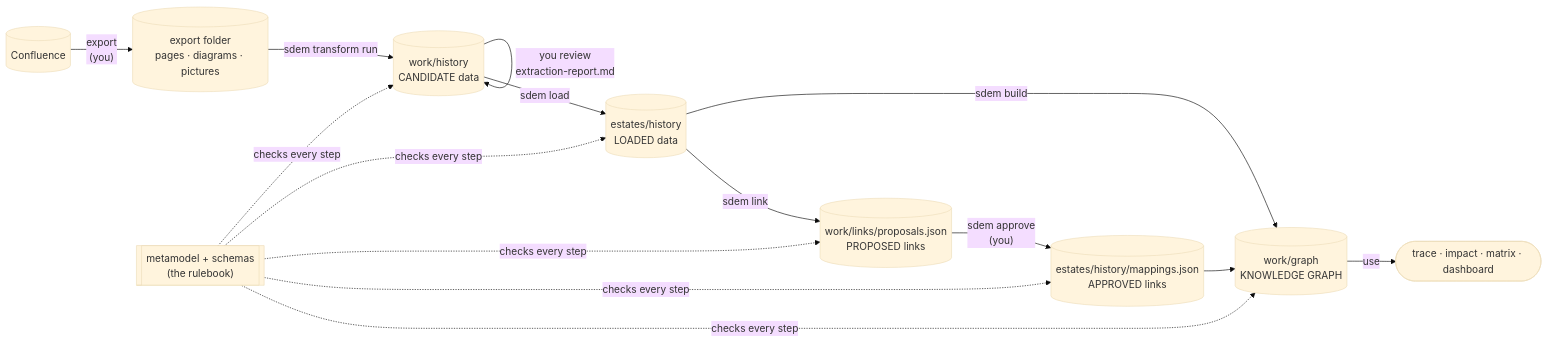
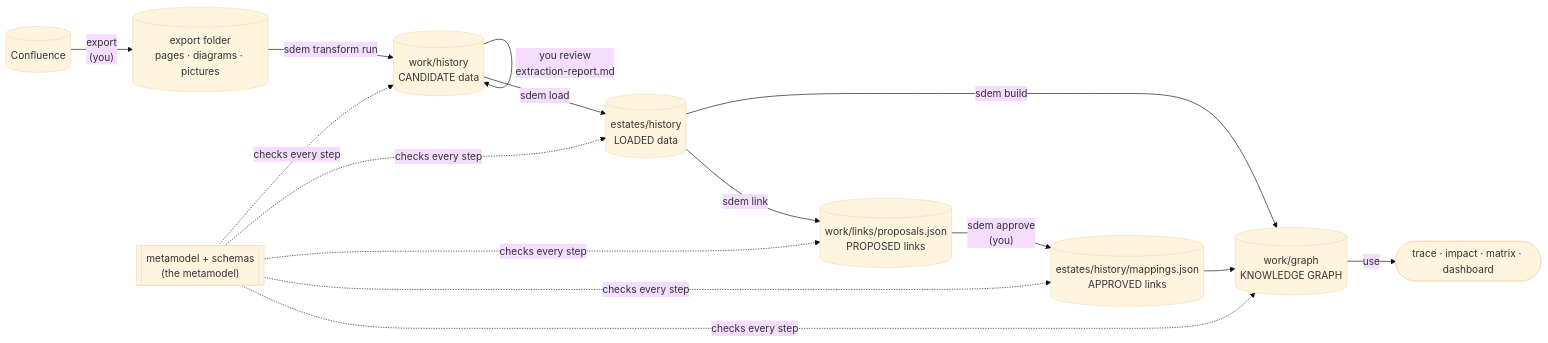
One commit to taumoeps/bian-sdem-framework changed the diagram in docs/design/sdem-onboarding-internals.md. Above: the diagram before and after it, drawn with Mermaid (base theme). The commit also changed other lines of this file and 71 other files, not shown here.

Commit message:
One name: metamodel — "rulebook" removed from documents, messages, help and code comments; files renamed (docs/sdem-metamodel-guide.md, docs/design/sdem-metamodel-versioning.md, tests/test_engine_metamodel.py); no data, command or option changes; historical records keep their original words

````diff
--- a/docs/design/sdem-onboarding-internals.md
+++ b/docs/design/sdem-onboarding-internals.md
@@ -7,13 +7,13 @@
 ```mermaid
 flowchart LR
     C[("Confluence")] -->|"export<br/>(you)"| X[("export folder<br/>pages · diagrams · pictures")]
     X -->|"sdem transform run"| W[("work/history<br/>CANDIDATE data")]
     W -->|"you review<br/>extraction-report.md"| W
     W -->|"sdem load"| E[("estates/history<br/>LOADED data")]
     E -->|"sdem link"| P[("work/links/proposals.json<br/>PROPOSED links")]
     P -->|"sdem approve<br/>(you)"| M[("estates/history/mappings.json<br/>APPROVED links")]
     E -->|"sdem build"| G[("work/graph<br/>KNOWLEDGE GRAPH")]
     M --> G
     G -->|"use"| U(["trace · impact · matrix · dashboard"])
-    MM[["metamodel + schemas<br/>(the rulebook)"]] -.->|"checks every step"| W & E & P & M & G
+    MM[["metamodel + schemas<br/>(the metamodel)"]] -.->|"checks every step"| W & E & P & M & G
 ```
````
